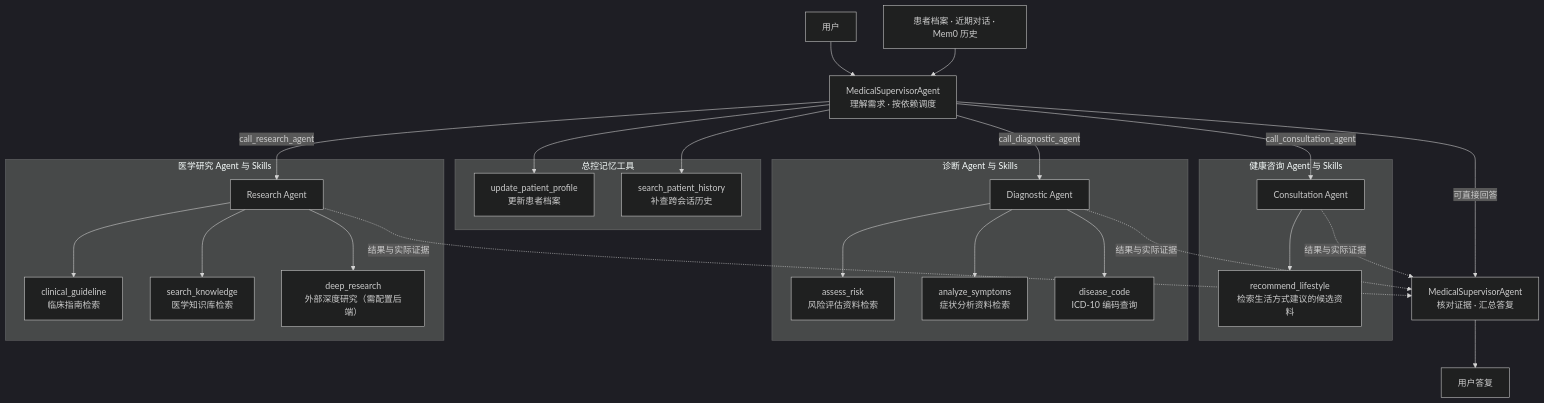
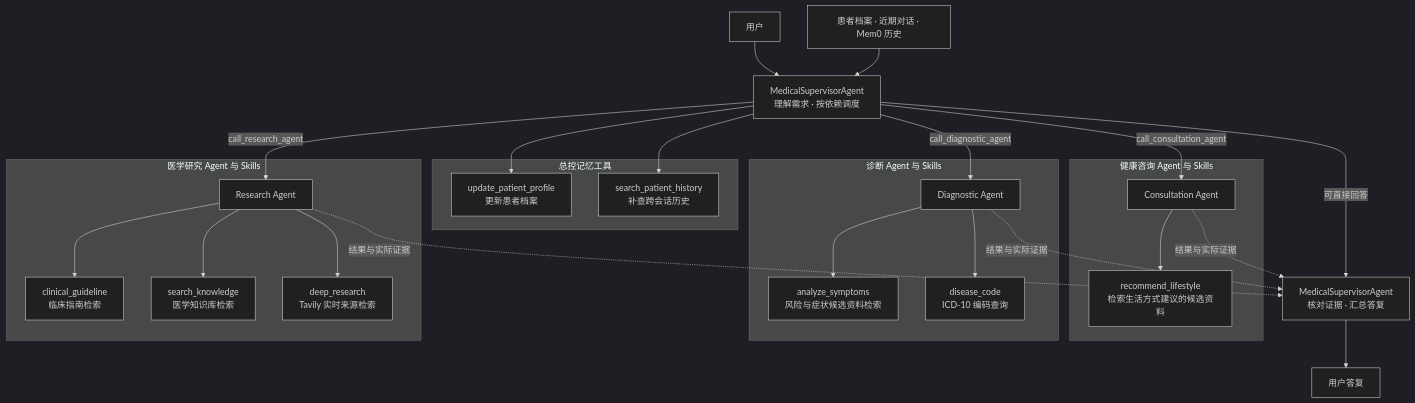
Before and after one commit to qhzeng-gittec/medical-agent-assistant: the diagram in README.md, drawn with Mermaid (dark theme). The commit also changed other lines of this file and 21 other files, not shown here.

````diff
--- a/README.md
+++ b/README.md
@@ -35,47 +35,45 @@
 ```mermaid
 flowchart TB
     User["用户"] --> Supervisor["MedicalSupervisorAgent<br/>理解需求 · 按依赖调度"]
     Memory["患者档案 · 近期对话 · Mem0 历史"] --> Supervisor
 
     subgraph MemoryTools["总控记忆工具"]
         Profile["update_patient_profile<br/>更新患者档案"]
         History["search_patient_history<br/>补查跨会话历史"]
     end
     Supervisor --> Profile
     Supervisor --> History
 
     subgraph ConsultationGroup["健康咨询 Agent 与 Skills"]
         Consultation["Consultation Agent"]
         Lifestyle["recommend_lifestyle<br/>检索生活方式建议的候选资料"]
         Consultation --> Lifestyle
     end
 
     subgraph DiagnosticGroup["诊断 Agent 与 Skills"]
         Diagnostic["Diagnostic Agent"]
-        Risk["assess_risk<br/>风险评估资料检索"]
-        Symptoms["analyze_symptoms<br/>症状分析资料检索"]
+        Symptoms["analyze_symptoms<br/>风险与症状候选资料检索"]
         Code["disease_code<br/>ICD-10 编码查询"]
-        Diagnostic --> Risk
         Diagnostic --> Symptoms
         Diagnostic --> Code
     end
 
     subgraph ResearchGroup["医学研究 Agent 与 Skills"]
         Research["Research Agent"]
         Guideline["clinical_guideline<br/>临床指南检索"]
         Knowledge["search_knowledge<br/>医学知识库检索"]
-        DeepResearch["deep_research<br/>外部深度研究（需配置后端）"]
+        DeepResearch["deep_research<br/>Tavily 实时来源检索"]
         Research --> Guideline
         Research --> Knowledge
         Research --> DeepResearch
     end
 
     Supervisor -->|call_consultation_agent| Consultation
     Supervisor -->|call_diagnostic_agent| Diagnostic
     Supervisor -->|call_research_agent| Research
     Consultation -.->|结果与实际证据| Summary["MedicalSupervisorAgent<br/>核对证据 · 汇总答复"]
     Diagnostic -.->|结果与实际证据| Summary
     Research -.->|结果与实际证据| Summary
     Supervisor -->|可直接回答| Summary
     Summary --> Answer["用户答复"]
 ```
````
